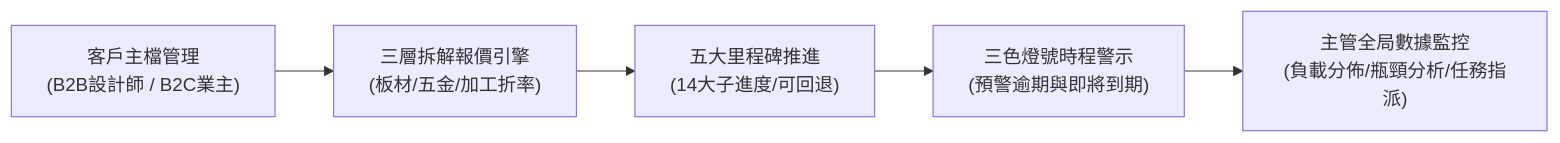
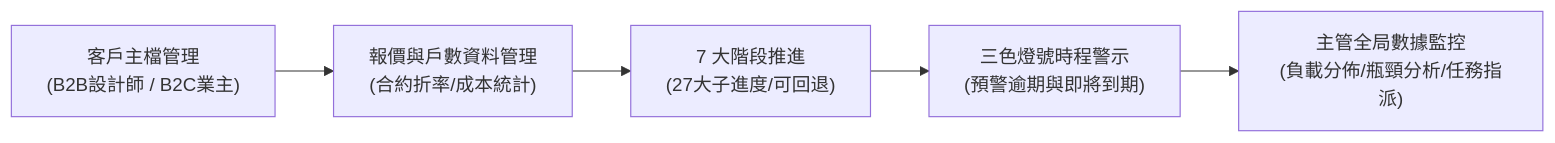
Before and after one commit to rwcabinet-lab/RW_CabSalesProject: the diagram in docs/平台介紹_向總公司主管簡報報告.md, drawn with Mermaid. The commit also changed other lines of this file and 14 other files, not shown here.

````diff
--- a/docs/平台介紹_向總公司主管簡報報告.md
+++ b/docs/平台介紹_向總公司主管簡報報告.md
@@ -31,7 +31,7 @@
 ```mermaid
 flowchart LR
-    A["客戶主檔管理<br/>(B2B設計師 / B2C業主)"] --> B["三層拆解報價引擎<br/>(板材/五金/加工折率)"]
-    B --> C["五大里程碑推進<br/>(14大子進度/可回退)"]
+    A["客戶主檔管理<br/>(B2B設計師 / B2C業主)"] --> B["報價與戶數資料管理<br/>(合約折率/成本統計)"]
+    B --> C["7 大階段推進<br/>(27大子進度/可回退)"]
     C --> D["三色燈號時程警示<br/>(預警逾期與即將到期)"]
     D --> E["主管全局數據監控<br/>(負載分佈/瓶頸分析/任務指派)"]
 ```
````
